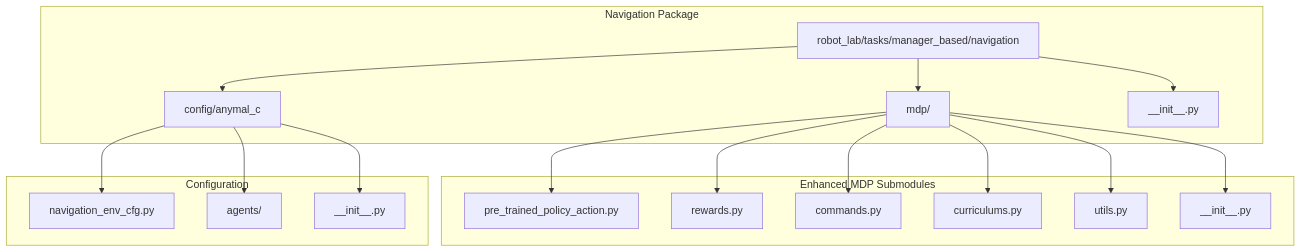
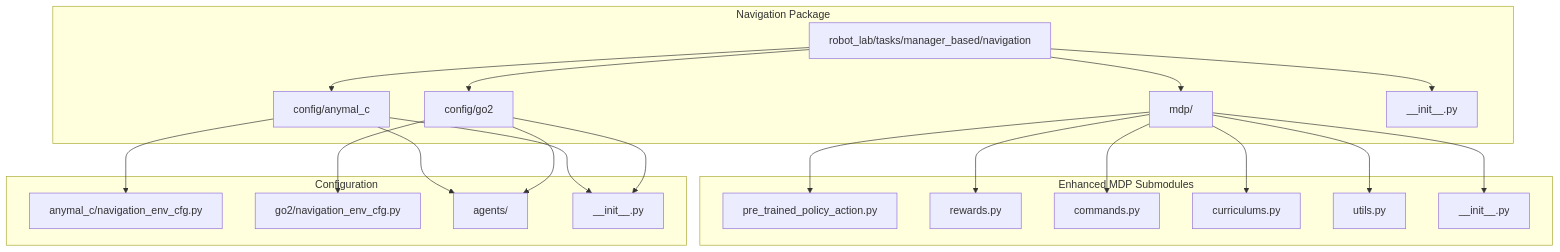
The tenth of 10 diagrams in .qoder/repowiki/en/content/Task Configuration Framework/Navigation System Overview.md (jayjayhust/robot_lab), drawn with Mermaid before and after one commit. The commit also changed other lines of this file and 38 other files, not shown here.

````diff
--- a/.qoder/repowiki/en/content/Task Configuration Framework/Navigation System Overview.md
+++ b/.qoder/repowiki/en/content/Task Configuration Framework/Navigation System Overview.md
@@ -464,34 +505,40 @@
 ```mermaid
 graph TB
 subgraph "Navigation Package"
 NAVPKG[robot_lab/tasks/manager_based/navigation]
-CFG[config/anymal_c]
+ANYPATH[config/anymal_c]
+GOPATH[config/go2]
 MDP[mdp/]
 INIT[__init__.py]
 end
 subgraph "Enhanced MDP Submodules"
 PRETRAINED[pre_trained_policy_action.py]
 REWARDS[rewards.py]
 COMMANDS[commands.py]
 CURRICULUM[curriculums.py]
 UTILS[utils.py]
 MDPINIT[__init__.py]
 end
 subgraph "Configuration"
-NAVCFG[navigation_env_cfg.py]
-AGENTS[agents/]
+ANAVCFG[anymal_c/navigation_env_cfg.py]
+GOCFG[go2/navigation_env_cfg.py]
+GOAGENTS[agents/]
 NAVINIT[__init__.py]
 end
-NAVPKG --> CFG
+NAVPKG --> ANYPATH
+NAVPKG --> GOPATH
 NAVPKG --> MDP
 NAVPKG --> INIT
 MDP --> PRETRAINED
 MDP --> REWARDS
 MDP --> COMMANDS
 MDP --> CURRICULUM
 MDP --> UTILS
 MDP --> MDPINIT
-CFG --> NAVCFG
-CFG --> AGENTS
-CFG --> NAVINIT
+ANYPATH --> ANAVCFG
+ANYPATH --> GOAGENTS
+ANYPATH --> NAVINIT
+GOPATH --> GOCFG
+GOPATH --> GOAGENTS
+GOPATH --> NAVINIT
 ```
````
